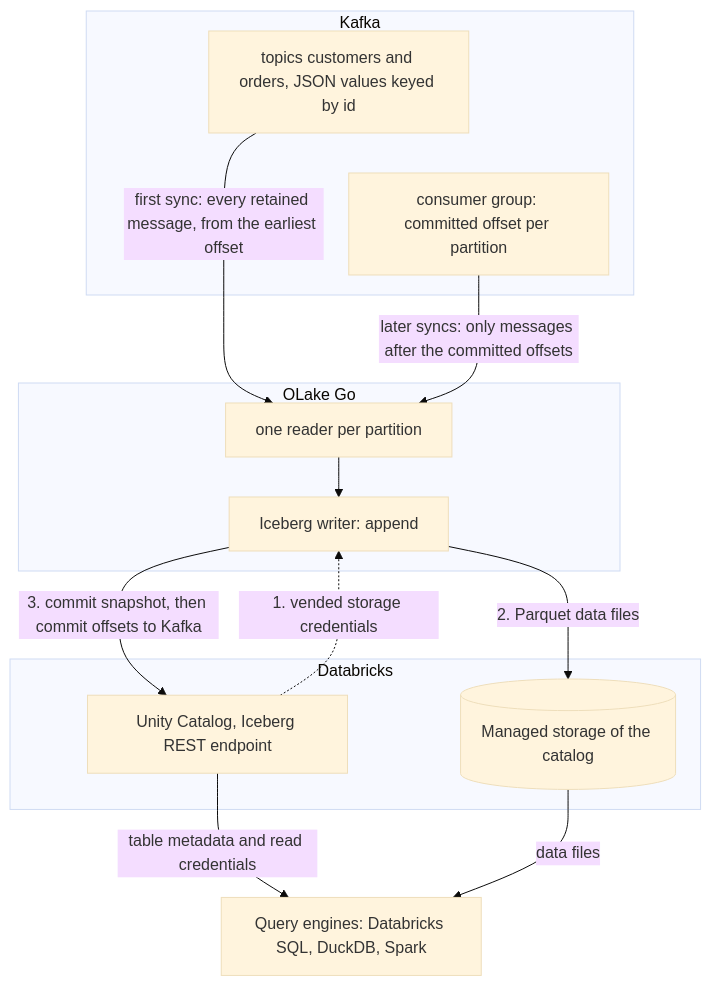
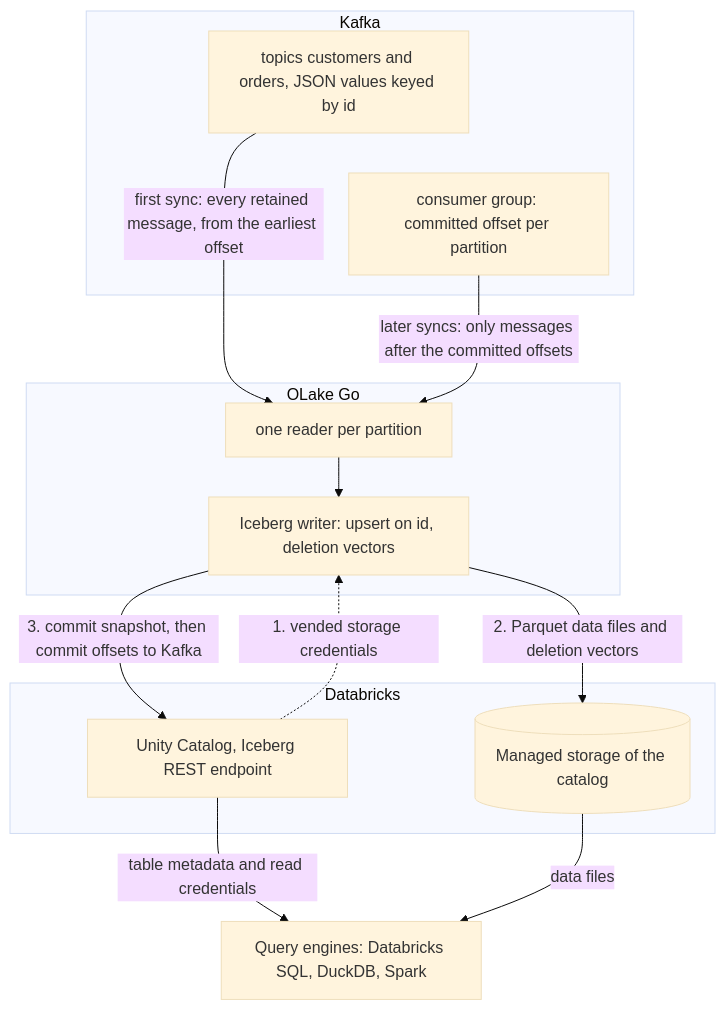
Before and after one commit to datazip-inc/olake-docs: the diagram in docs/integrations/kafka-to-databricks.mdx, drawn with Mermaid (base theme). The commit also changed other lines of this file and 9 other files, not shown here.

First line of the commit message:
docs(integrations): Kafka to Databricks now upserts with deletion vectors

````diff
--- a/docs/integrations/kafka-to-databricks.mdx
+++ b/docs/integrations/kafka-to-databricks.mdx
@@ -66,26 +66,26 @@
 ```mermaid
 %%{init: {"flowchart": {"nodeSpacing": 30, "rankSpacing": 40}}}%%
 flowchart TB
   subgraph kf["Kafka"]
     T[topics customers and orders, JSON values keyed by id]
     CG[consumer group: committed offset per partition]
     T ~~~ CG
   end
   subgraph olake["OLake Go"]
     R[one reader per partition]
-    W[Iceberg writer: append]
+    W[Iceberg writer: upsert on id, deletion vectors]
     R --> W
   end
   subgraph db["Databricks"]
     H[Unity Catalog, Iceberg REST endpoint]
     S[(Managed storage of the catalog)]
   end
   Q[Query engines: Databricks SQL, DuckDB, Spark]
   T -- "first sync: every retained message, from the earliest offset" --> R
   CG -- "later syncs: only messages after the committed offsets" --> R
   H -. "1. vended storage credentials" .-> W
-  W -- "2. Parquet data files" --> S
+  W -- "2. Parquet data files and deletion vectors" --> S
   W -- "3. commit snapshot, then commit offsets to Kafka" --> H
   H -- "table metadata and read credentials" --> Q
   S -- "data files" --> Q
 ```
````
